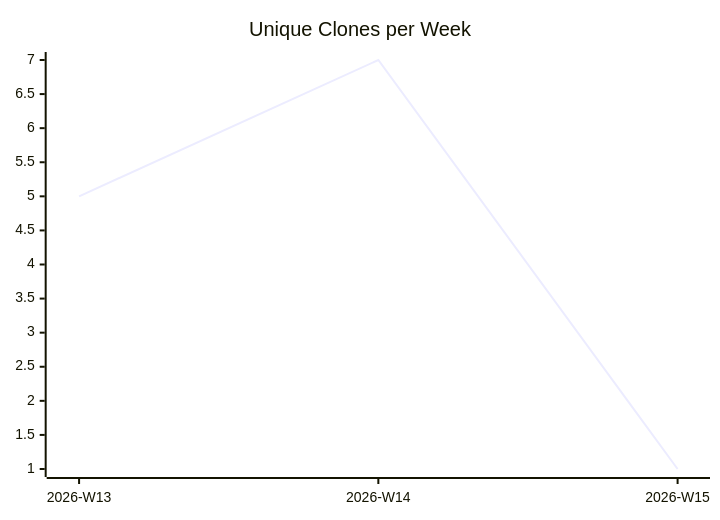
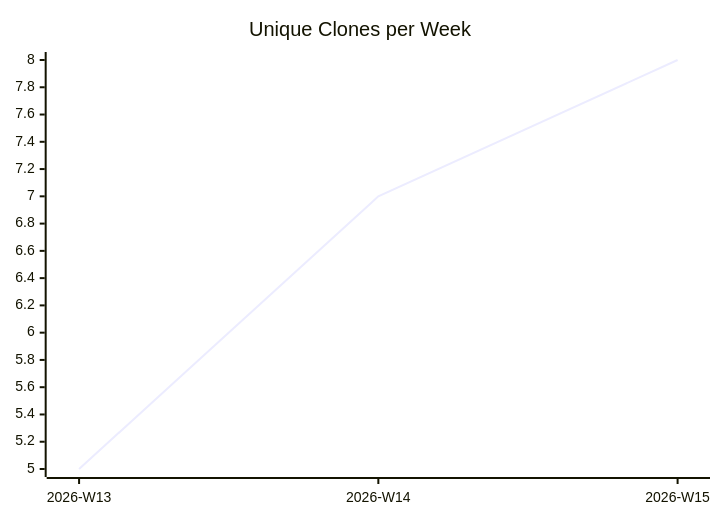
The third of 3 diagrams in karlmdavis/fhir-benchmarks/README.md (justdavis-family/github-analytics-data), drawn with Mermaid before and after one commit. The commit also changed other lines of this file and 174 other files, not shown here.

````diff
--- a/karlmdavis/fhir-benchmarks/README.md
+++ b/karlmdavis/fhir-benchmarks/README.md
@@ -19,6 +19,6 @@
 ```mermaid
 xychart-beta
   title "Unique Clones per Week"
   x-axis ["2026-W13", "2026-W14", "2026-W15"]
-  line [5, 7, 1]
+  line [5, 7, 8]
 ```
````
